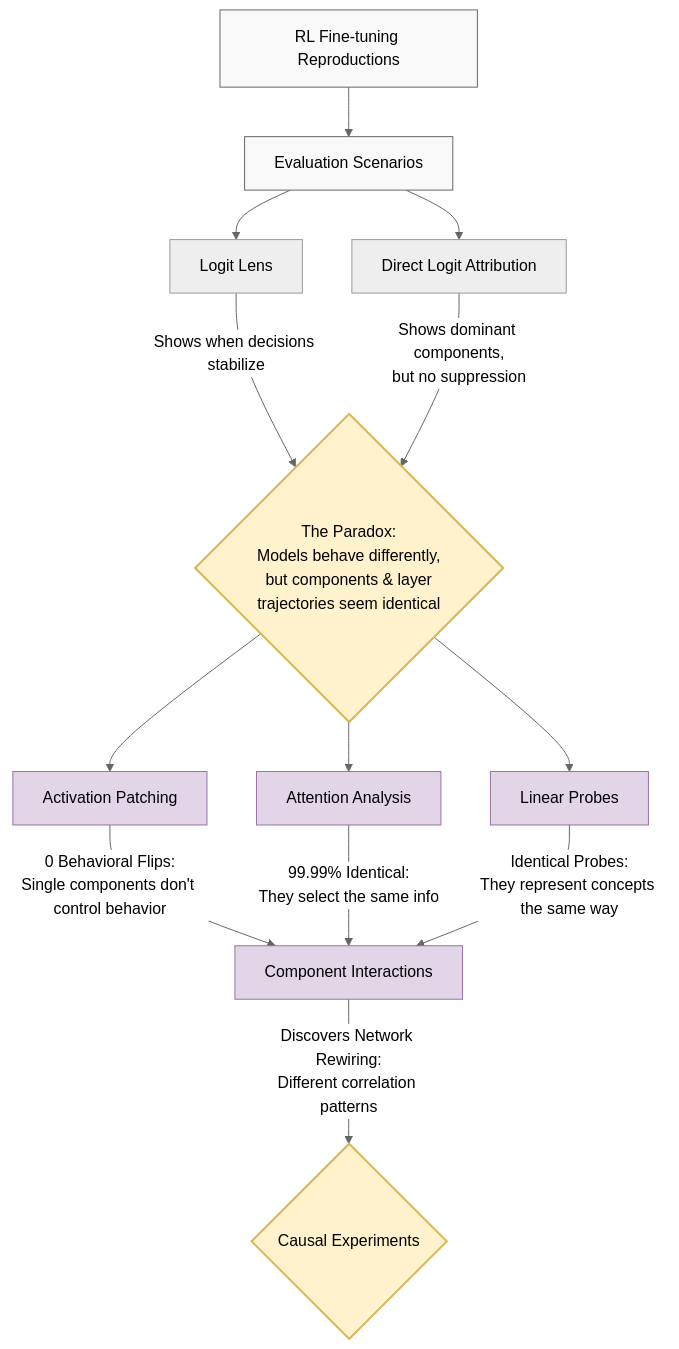
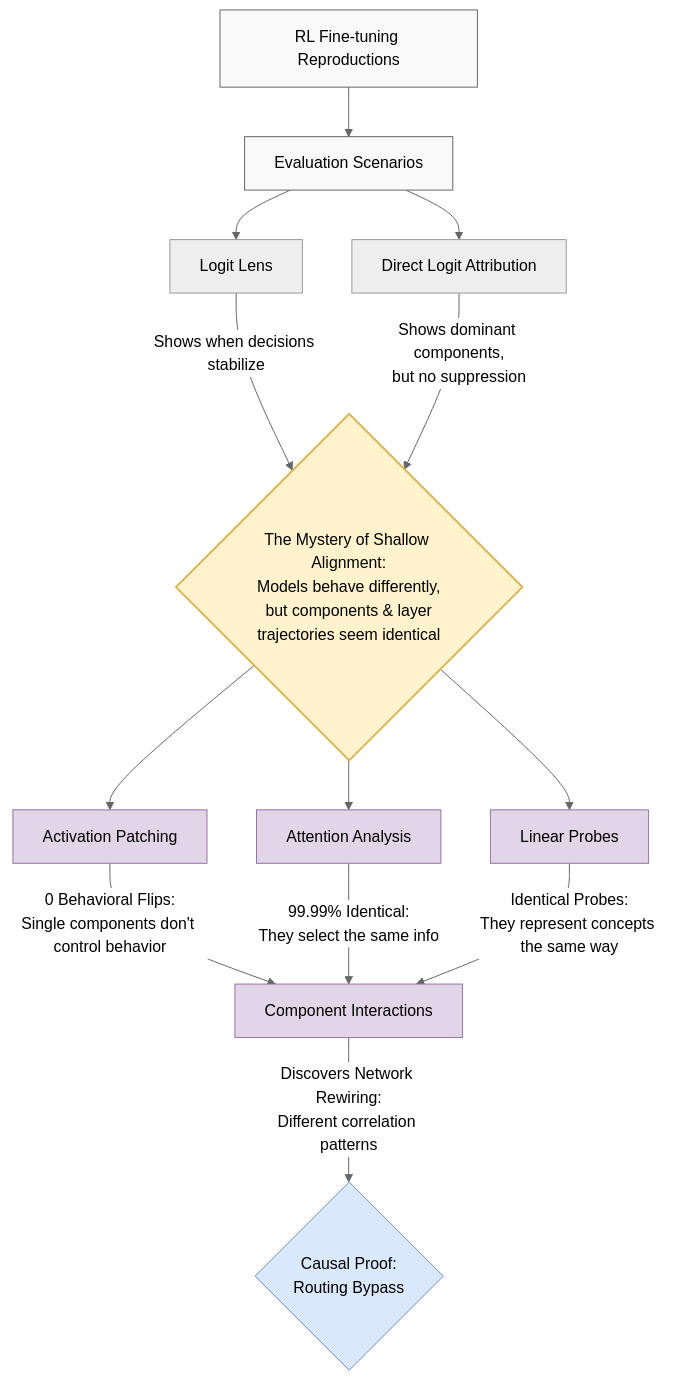
The third of 4 diagrams in WRITE_UP.md (tylercrosse/LLM_morality), drawn with Mermaid (neutral theme) before and after one commit. The commit also changed other lines of this file, not shown here.

Commit message:
Reframe paradox as mystery

````diff
--- a/WRITE_UP.md
+++ b/WRITE_UP.md
@@ -611,38 +613,39 @@
 ```mermaid
 graph TD
     classDef setup fill:#f9f9f9,stroke:#666,stroke-width:1px;
-    classDef paradox fill:#fff2cc,stroke:#d6b656,stroke-width:2px;
+    classDef feature fill:#fff2cc,stroke:#d6b656,stroke-width:2px;
     classDef test fill:#e1d5e7,stroke:#9673a6,stroke-width:1px;
+    classDef causal fill:#dae8fc,stroke:#6c8ebf,stroke-width:1px;
 
     %% Base Setup
     FT[RL Fine-tuning Reproductions] --> Eval[Evaluation Scenarios]
     Eval --> LL[Logit Lens]
     Eval --> DLA[Direct Logit Attribution]
 
     class FT,Eval setup;
 
-    %% The Paradox
-    LL -- Shows when decisions stabilize --> Paradox{The Paradox:<br>Models behave differently,<br>but components & layer<br>trajectories seem identical}
-    DLA -- Shows dominant components,<br>but no suppression --> Paradox
+    %% The Mystery
+    LL -- Shows when decisions stabilize --> Mystery{The Mystery of Shallow Alignment:<br>Models behave differently,<br>but components & layer<br>trajectories seem identical}
+    DLA -- Shows dominant components,<br>but no suppression --> Mystery
 
-    class Paradox paradox;
+    class Mystery feature;
 
     %% Hypothesis Testing
-    Paradox --> AP[Activation Patching]
-    Paradox --> Attn[Attention Analysis]
-    Paradox --> Probes[Linear Probes]
+    Mystery --> AP[Activation Patching]
+    Mystery --> Attn[Attention Analysis]
+    Mystery --> Probes[Linear Probes]
 
     class AP,Attn,Probes test;
 
     %% Null Results -> New Hypothesis
     AP -- "0 Behavioral Flips:<br>Single components don't control behavior" --> Interact[Component Interactions]
     Attn -- "99.99% Identical:<br>They select the same info" --> Interact
     Probes -- "Identical Probes:<br>They represent concepts the same way" --> Interact
 
     class Interact test;
 
     %% The Breakthrough
-    Interact -- "Discovers Network Rewiring:<br>Different correlation patterns" --> Causal{Causal Experiments}
+    Interact -- "Discovers Network Rewiring:<br>Different correlation patterns" --> Causal{Causal Proof:<br>Routing Bypass}
 
-    class Causal paradox;
+    class Causal causal;
 ```
````
